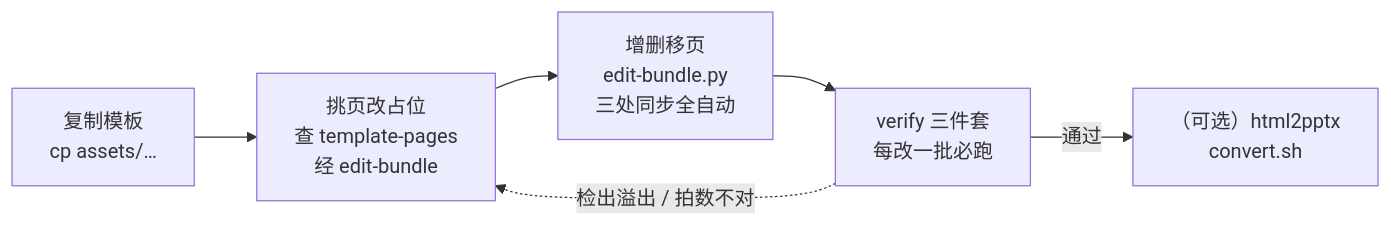
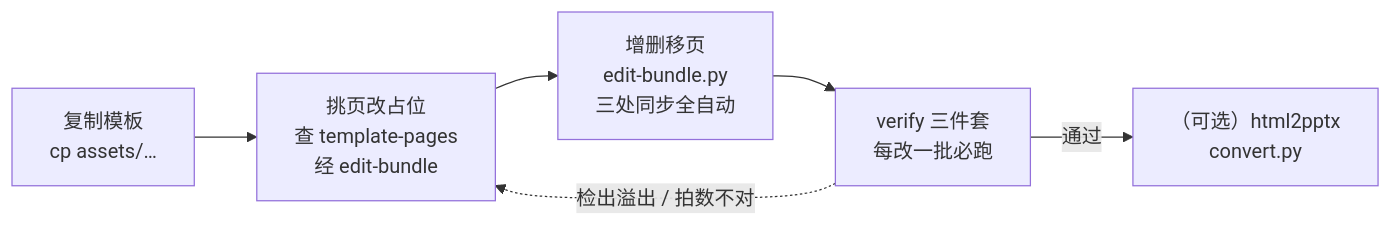
Before and after one commit to StyleAIPro/Nice-Deck: the second of 8 diagrams in docs/architecture.md, drawn with Mermaid. The commit also changed other lines of this file and 213 other files, not shown here.

````diff
--- a/docs/architecture.md
+++ b/docs/architecture.md
@@ -95,8 +95,8 @@
 ```mermaid
 flowchart LR
     A["复制模板<br/>cp assets/…"] --> B["挑页改占位<br/>查 template-pages<br/>经 edit-bundle"]
     B --> C["增删移页<br/>edit-bundle.py<br/>三处同步全自动"]
     C --> V["verify 三件套<br/>每改一批必跑"]
     V -.->|"检出溢出 / 拍数不对"| B
-    V -->|"通过"| P["（可选）html2pptx<br/>convert.sh"]
+    V -->|"通过"| P["（可选）html2pptx<br/>convert.py"]
 ```
````
